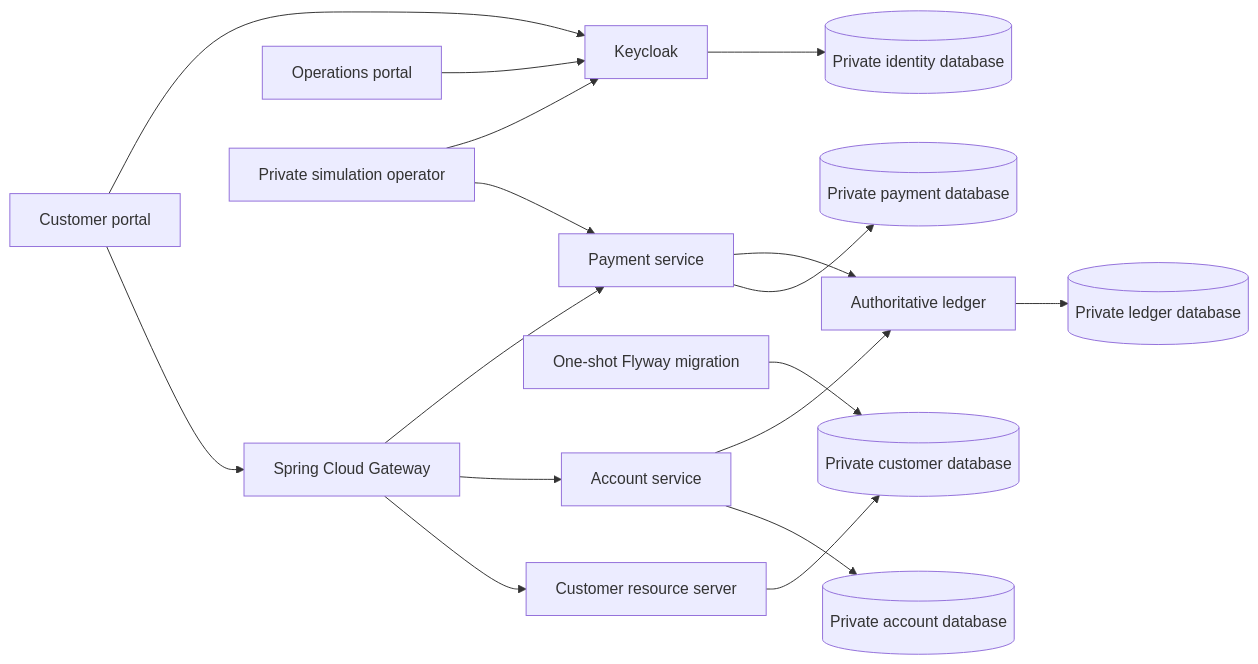
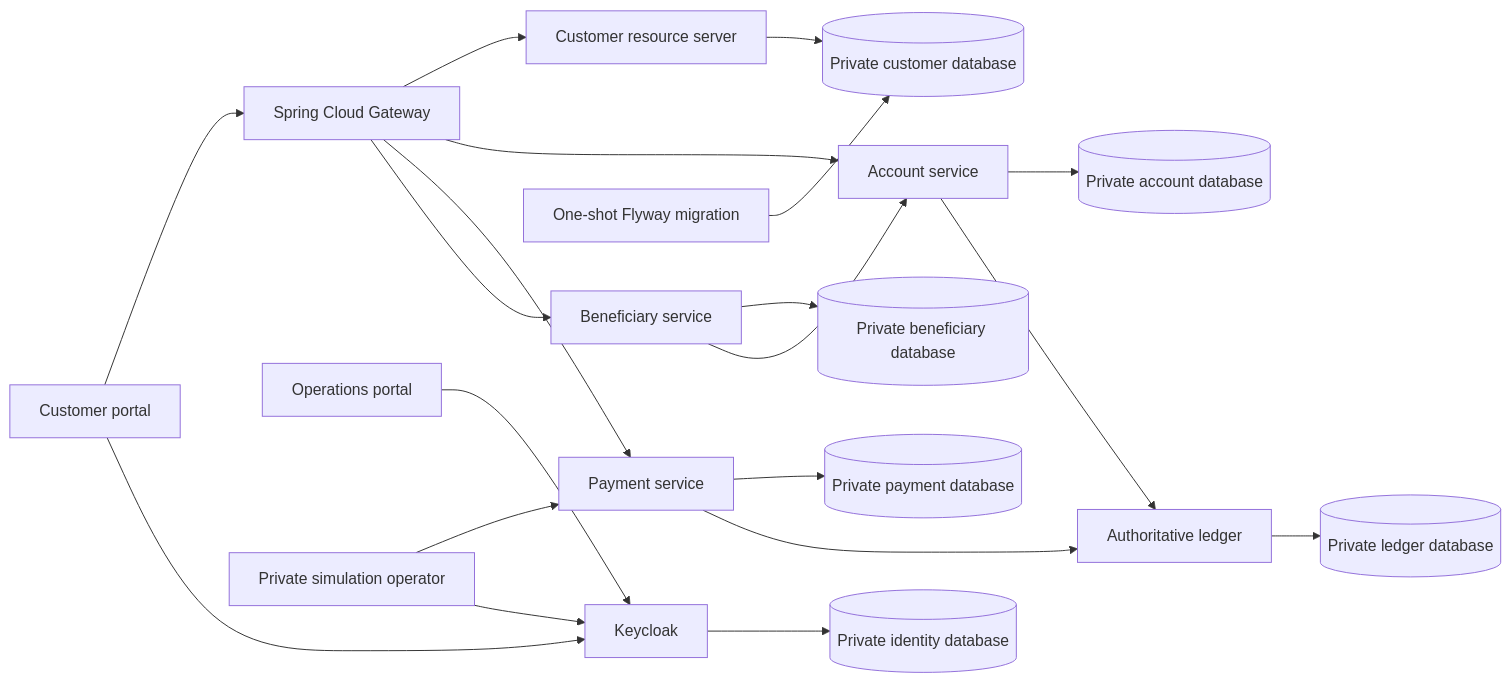
Before and after one commit to ABDOUUisHERE/FinCore-Bank: the diagram in README.md, drawn with Mermaid. The commit also changed other lines of this file and 61 other files, not shown here.

````diff
--- a/README.md
+++ b/README.md
@@ -32,19 +32,22 @@
 ```mermaid
 flowchart LR
   Customer[Customer portal] --> Gateway[Spring Cloud Gateway]
   Admin[Operations portal] --> Keycloak
   Customer --> Keycloak
   Gateway --> Service[Customer resource server]
   Service --> CDB[(Private customer database)]
   Keycloak --> KDB[(Private identity database)]
   Migration[One-shot Flyway migration] --> CDB
   Gateway --> Account[Account service]
   Gateway --> Payment[Payment service]
+  Gateway --> Beneficiary[Beneficiary service]
+  Beneficiary --> BDB[(Private beneficiary database)]
+  Beneficiary --> Account
   Account --> ADB[(Private account database)]
   Payment --> PDB[(Private payment database)]
   Account --> Ledger[Authoritative ledger]
   Payment --> Ledger
   Ledger --> LDB[(Private ledger database)]
   Operator[Private simulation operator] --> Payment
   Operator --> Keycloak
 ```
````
